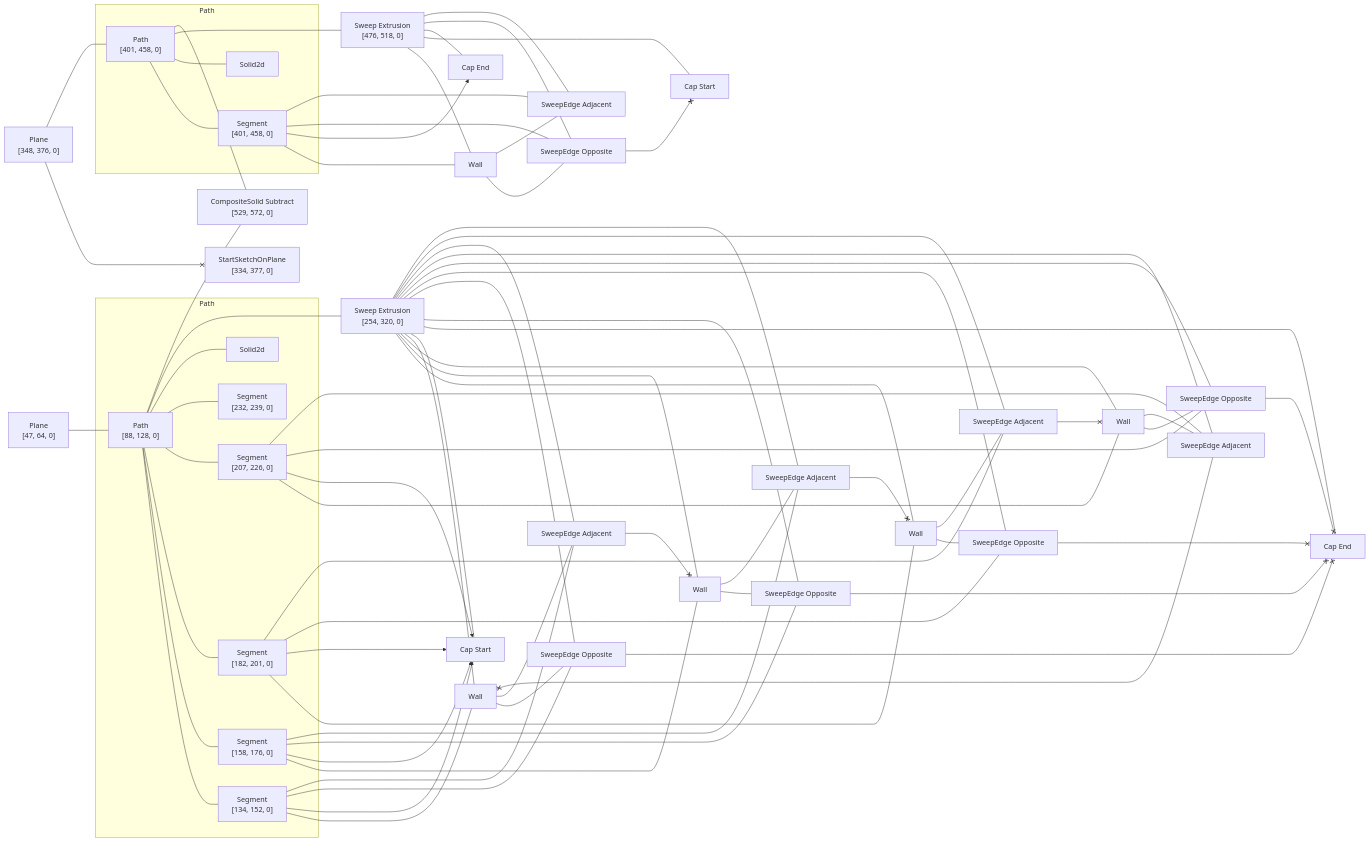
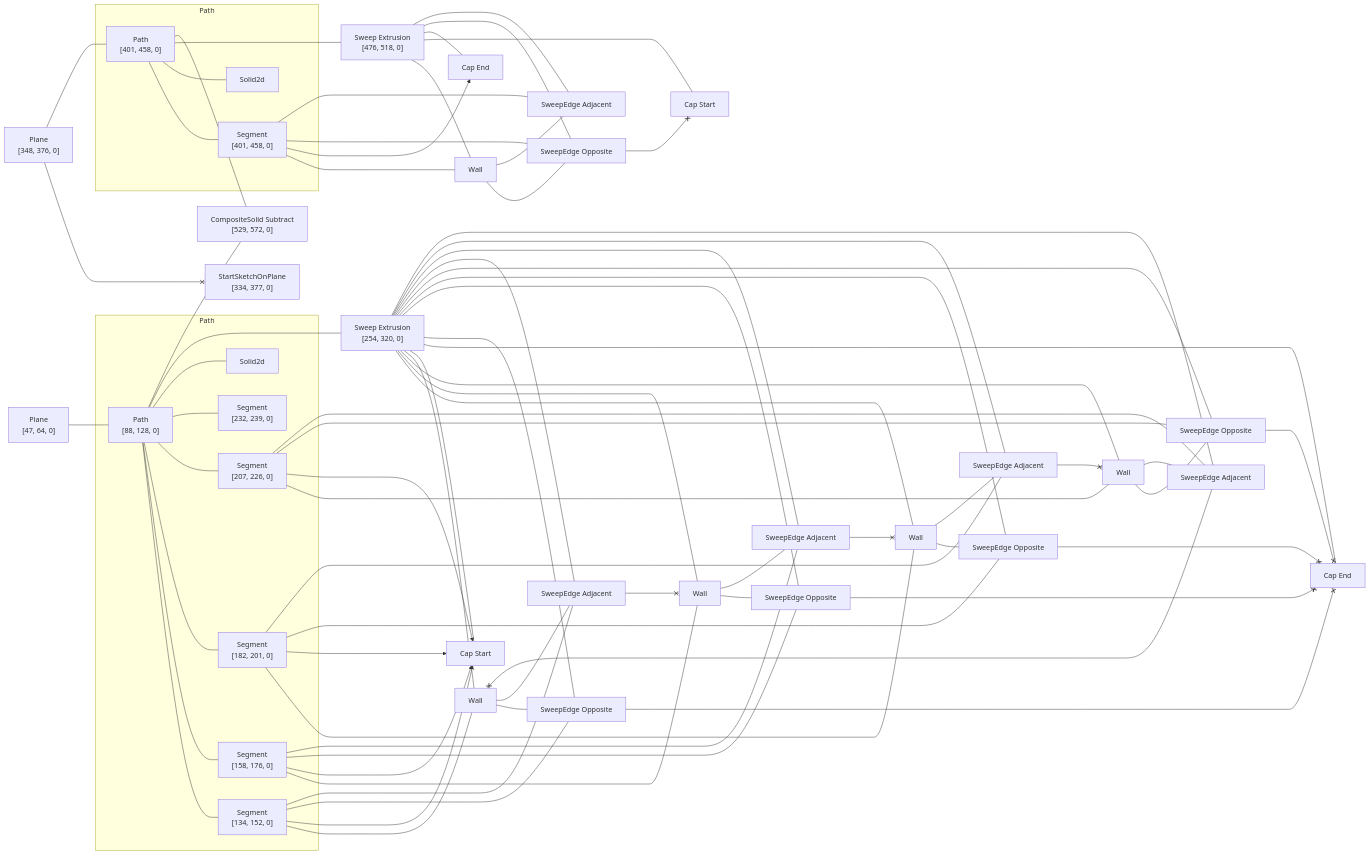
Before and after one commit to rajgandhi1/modeling-app: the diagram in rust/kcl-lib/tests/subtract_regression00/artifact_graph_flowchart.snap.md, drawn with Mermaid. The commit also changed 101 other files, not shown here.

```diff
--- a/rust/kcl-lib/tests/subtract_regression00/artifact_graph_flowchart.snap.md
+++ b/rust/kcl-lib/tests/subtract_regression00/artifact_graph_flowchart.snap.md
@@ -56,12 +56,12 @@
   5 --- 16
   6 --- 20
   6 x--> 23
-  6 --- 27
-  6 --- 32
+  6 --- 26
+  6 --- 31
   7 --- 18
   7 x--> 23
-  7 --- 26
-  7 --- 34
+  7 --- 27
+  7 --- 32
   8 --- 17
   8 x--> 23
   8 --- 28
@@ -69,7 +69,7 @@
   9 --- 19
   9 x--> 23
   9 --- 29
-  9 --- 31
+  9 --- 34
   11 --- 21
   11 x--> 24
   11 --- 30
@@ -94,17 +94,17 @@
   15 --- 30
   15 --- 35
   17 --- 28
+  32 <--x 17
   17 --- 33
-  34 <--x 17
-  18 --- 26
-  32 <--x 18
-  18 --- 34
+  18 --- 27
+  31 <--x 18
+  18 --- 32
   19 --- 29
-  19 --- 31
   33 <--x 19
-  20 --- 27
-  31 <--x 20
-  20 --- 32
+  19 --- 34
+  20 --- 26
+  20 --- 31
+  34 <--x 20
   21 --- 30
   21 --- 35
   30 <--x 22
```
